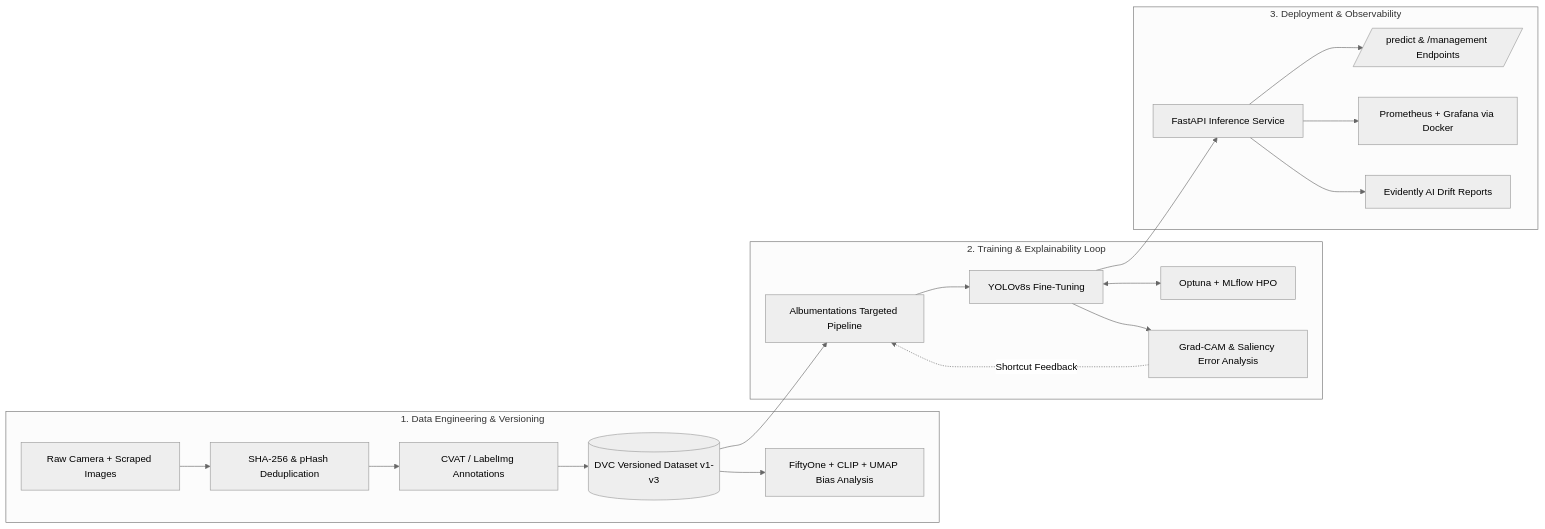
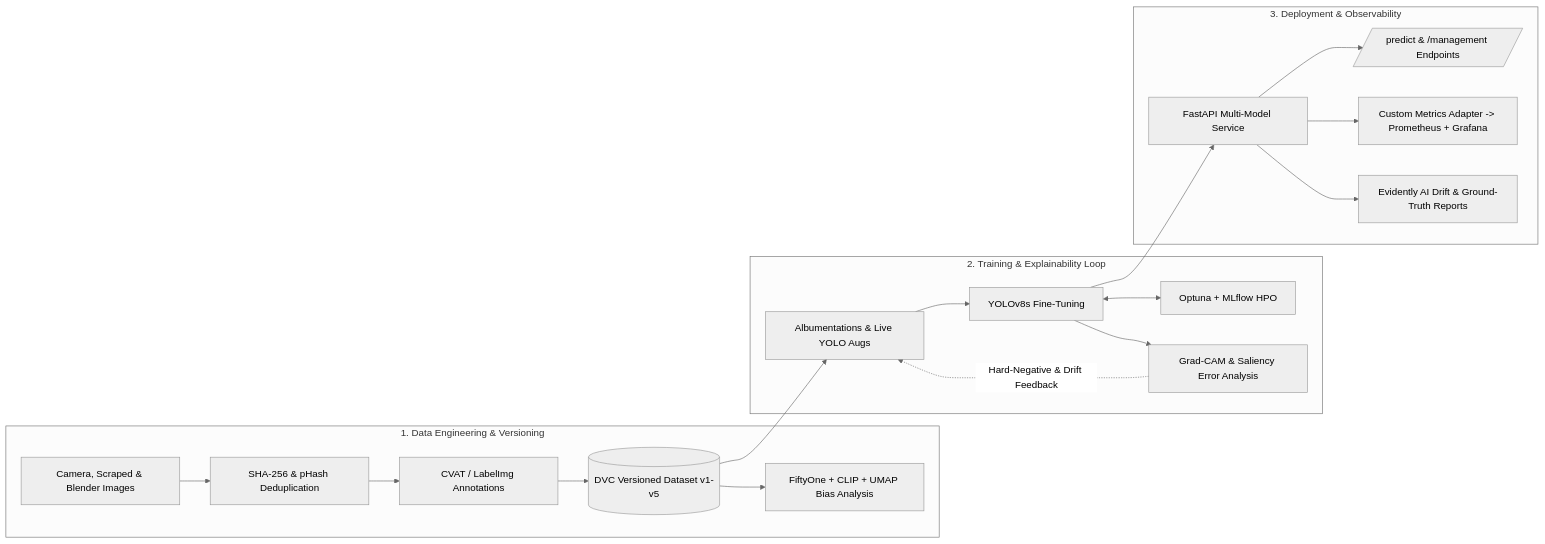
The diagram in README.md (pooja-krishan/FreshSight), drawn with Mermaid (neutral theme) before and after one commit. The commit also changed other lines of this file, not shown here.

````diff
--- a/README.md
+++ b/README.md
@@ -16,24 +16,24 @@
 ```mermaid
 flowchart LR
     subgraph Data["1. Data Engineering & Versioning"]
-        A[Raw Camera + Scraped Images] --> B[SHA-256 & pHash Deduplication]
+        A[Camera, Scraped & Blender Images] --> B[SHA-256 & pHash Deduplication]
         B --> C[CVAT / LabelImg Annotations]
-        C --> D[(DVC Versioned Dataset v1-v3)]
+        C --> D[(DVC Versioned Dataset v1-v5)]
         D --> E[FiftyOne + CLIP + UMAP Bias Analysis]
     end
 
     subgraph Train["2. Training & Explainability Loop"]
-        D --> F[Albumentations Targeted Pipeline]
+        D --> F[Albumentations & Live YOLO Augs]
         F --> G[YOLOv8s Fine-Tuning]
         G <--> H[Optuna + MLflow HPO]
         G --> I[Grad-CAM & Saliency Error Analysis]
-        I -.->|Shortcut Feedback| F
+        I -.->|Hard-Negative & Drift Feedback| F
     end
 
     subgraph Serve["3. Deployment & Observability"]
-        G --> J[FastAPI Inference Service]
+        G --> J[FastAPI Multi-Model Service]
         J --> K[/predict & /management Endpoints/]
-        J --> L[Prometheus + Grafana via Docker]
-        J --> M[Evidently AI Drift Reports]
+        J --> L[Custom Metrics Adapter -> Prometheus + Grafana]
+        J --> M[Evidently AI Drift & Ground-Truth Reports]
     end
 ```
````
